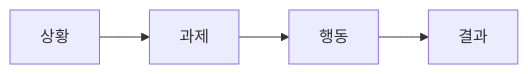
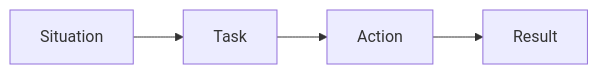
The diagram in content/portfolio-project-101/ko/09-explaining-in-interviews.md (yeongseon-books/book-content), drawn with Mermaid before and after one commit. The commit also changed other lines of this file and 9 other files, not shown here.

````diff
--- a/content/portfolio-project-101/ko/09-explaining-in-interviews.md
+++ b/content/portfolio-project-101/ko/09-explaining-in-interviews.md
@@ -48,6 +48,6 @@
 ```mermaid
 flowchart LR
-    S[상황] --> T[과제]
-    T --> A[행동]
-    A --> R[결과]
+    S[Situation] --> T[Task]
+    T --> A[Action]
+    A --> R[Result]
 ```
````
